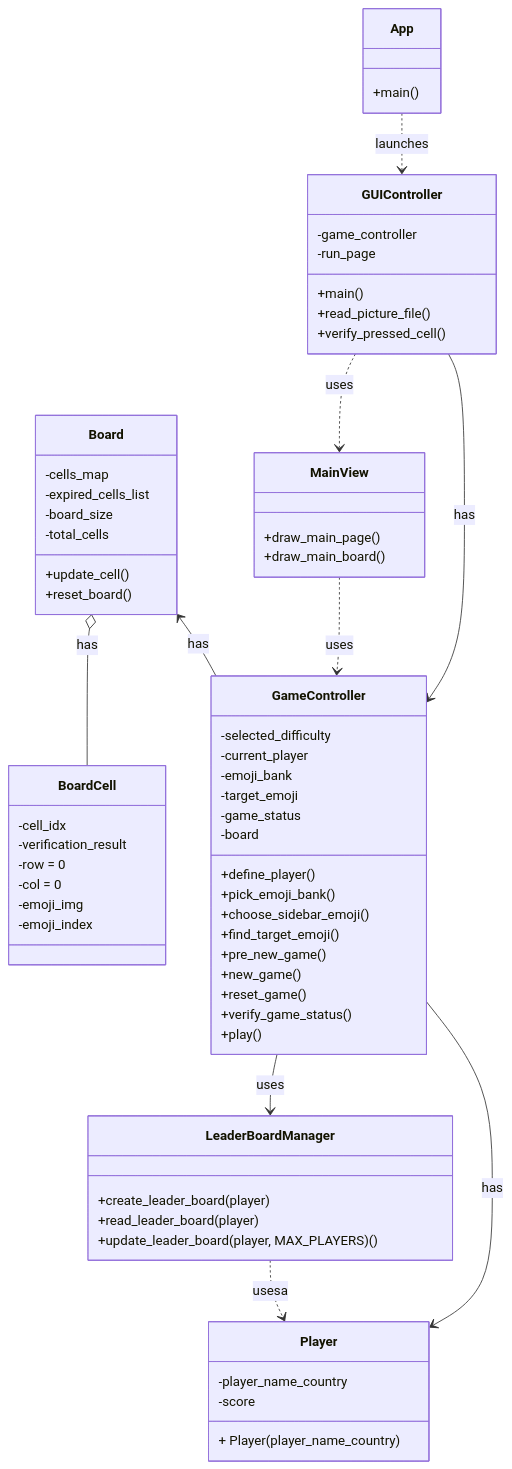
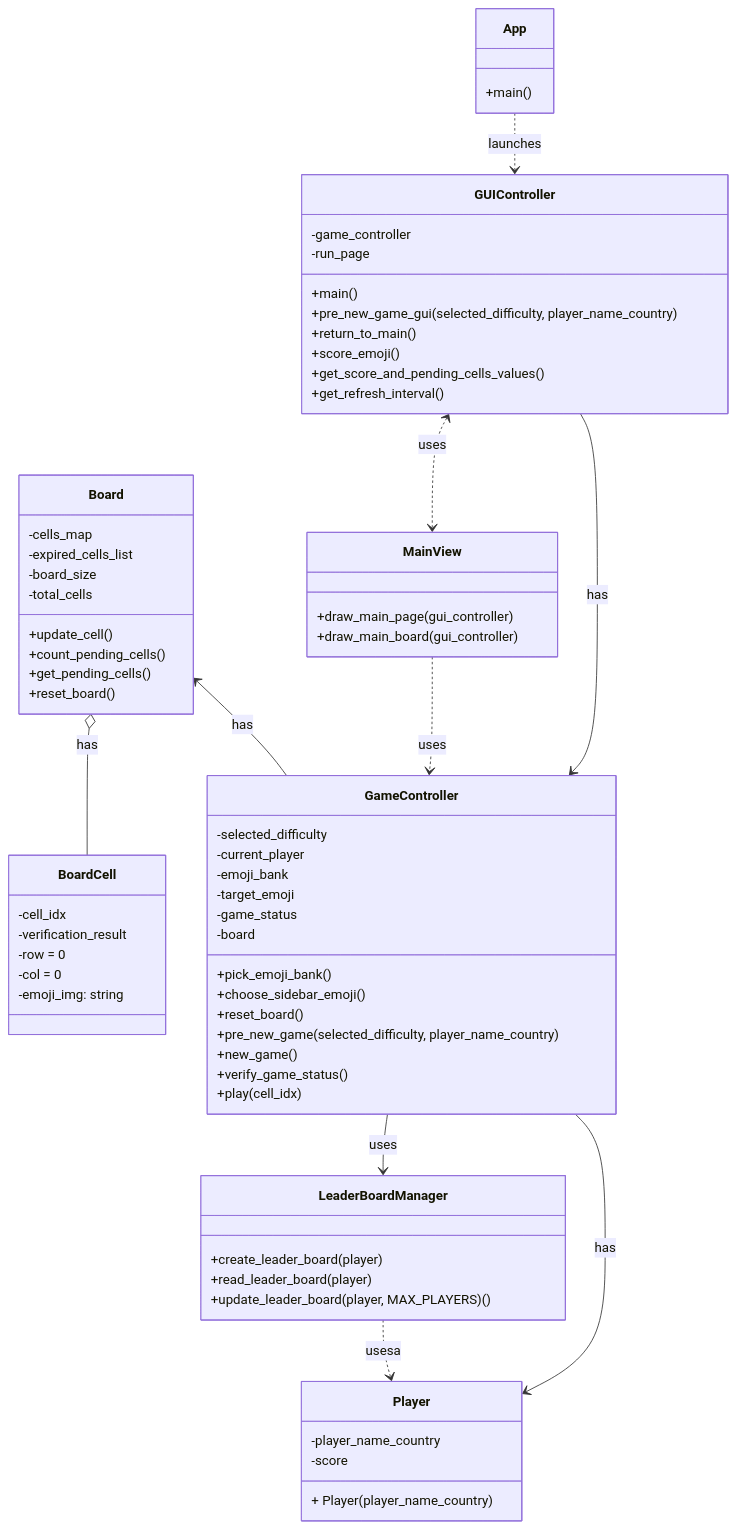
One commit to 300CIS017-Object-Oriented-Programming/9.-pixmatch_refactor changed the diagram in README.md. Above: the diagram before and after it, drawn with Mermaid. The commit also changed 7 other files, not shown here.

Commit message:
MOD.Versión que permite navegar entre las páginas y autorefrescar para descontar puntajes. Pendiente verificar la selección correcta del target emoji, dibujar el tablero, la interacción con el tablero y el leaderboard

````diff
--- a/README.md
+++ b/README.md
@@ -36,71 +36,72 @@
 ```mermaid
 classDiagram
     class GameController {
         -selected_difficulty
         -current_player
         -emoji_bank
         -target_emoji
         -game_status
         -board
-        +define_player()
         +pick_emoji_bank()
         +choose_sidebar_emoji()
-        +find_target_emoji()
-        +pre_new_game()
+        +reset_board()
+        +pre_new_game(selected_difficulty, player_name_country)
         +new_game()
-        +reset_game()
         +verify_game_status()
-        +play()
+        +play(cell_idx)
     }
     class GUIController {
         -game_controller
         -run_page
         +main()
-        +read_picture_file()
-        +verify_pressed_cell()
+        +pre_new_game_gui(selected_difficulty, player_name_country)
+        +return_to_main()
+        +score_emoji()
+        +get_score_and_pending_cells_values()
+        +get_refresh_interval()
     }
     class Board {
         -cells_map
         -expired_cells_list
         -board_size
         -total_cells 
         +update_cell()
+        +count_pending_cells()
+        +get_pending_cells()
         +reset_board()
     }
     class BoardCell {
         -cell_idx
         -verification_result
         -row = 0
         -col = 0
-        -emoji_img
-        -emoji_index 
+        -emoji_img: string
     }
     class LeaderBoardManager {
         +create_leader_board(player)
         +read_leader_board(player)
         +update_leader_board(player, MAX_PLAYERS)()
     }
     class Player {
         -player_name_country
         -score
         
         + Player(player_name_country)
     }
     class MainView {
-        +draw_main_page()
-        +draw_main_board()
+        +draw_main_page(gui_controller)
+        +draw_main_board(gui_controller)
     }
     class App {
         +main()
     }
     GUIController --> GameController : has
     Board <-- GameController : has
     Board o-- BoardCell : has
     GameController --> Player : has
     GameController --> LeaderBoardManager : uses
     LeaderBoardManager ..> Player : usesa
     MainView ..> GameController : uses
-    GUIController ..> MainView : uses
+    GUIController <..> MainView : uses
     App ..> GUIController : launches
-
 ```
````
